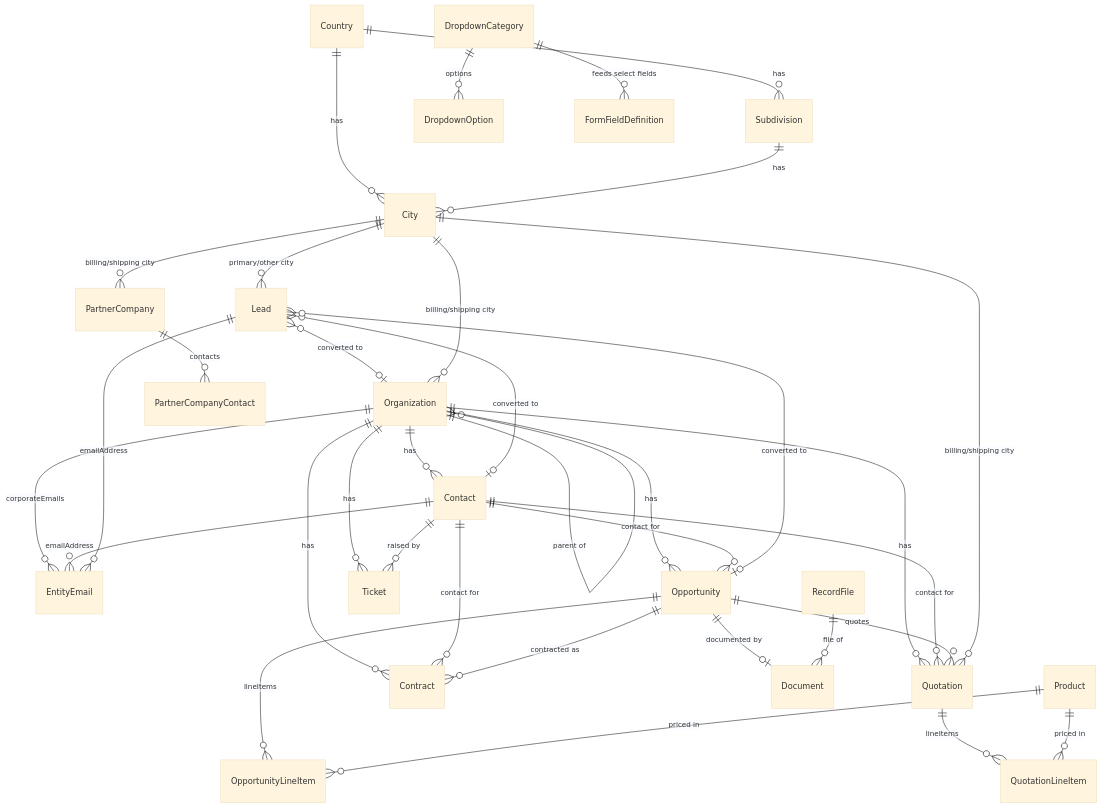
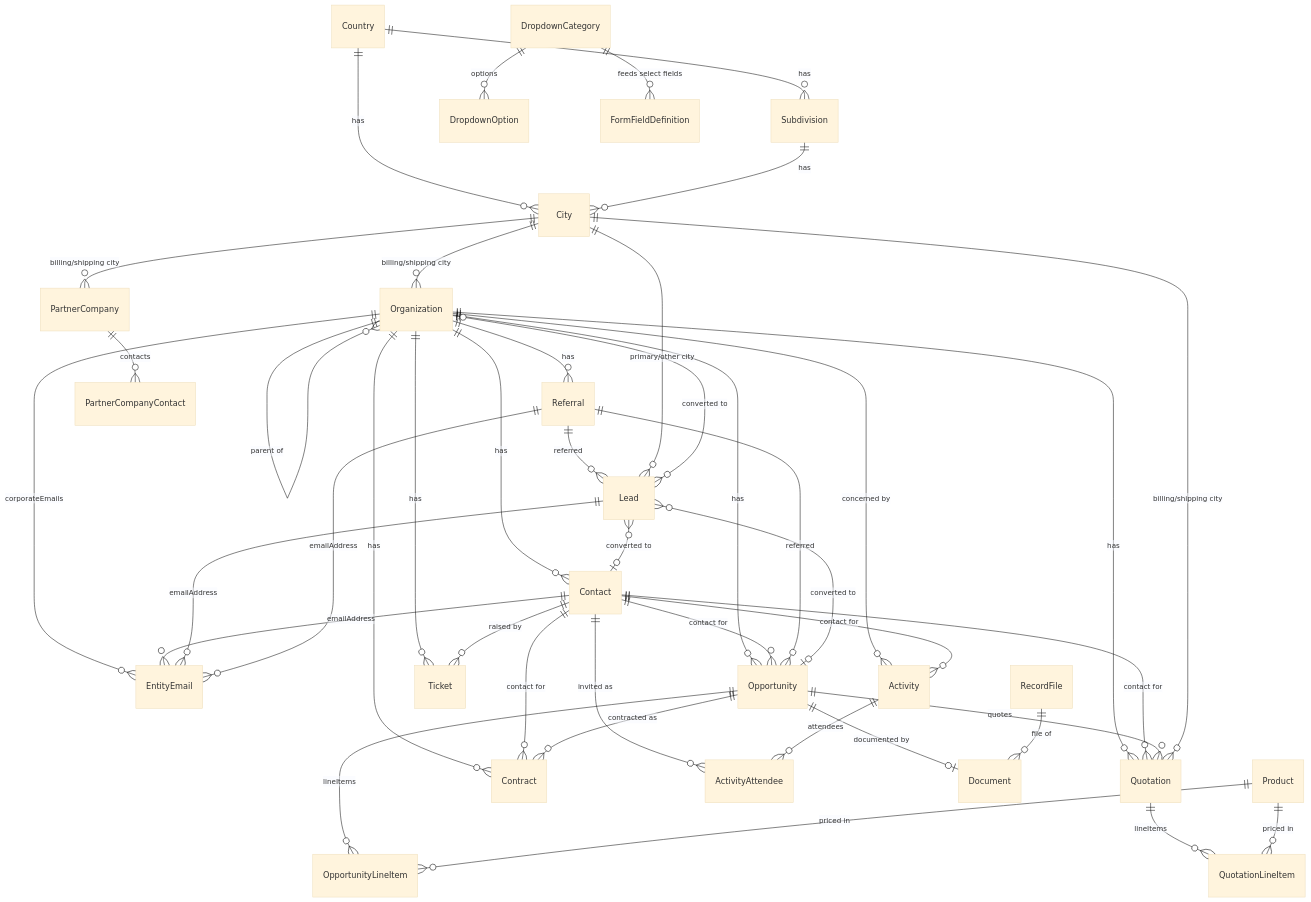
The diagram in docs/database-design.md (shivansh14503/nandini-crm), drawn with Mermaid (base theme) before and after one commit. The commit also changed other lines of this file and 93 other files, not shown here.

````diff
--- a/docs/database-design.md
+++ b/docs/database-design.md
@@ -70,37 +74,45 @@
 ```mermaid
 erDiagram
     Organization ||--o{ Organization : "parent of"
     Organization ||--o{ EntityEmail : "corporateEmails"
     Organization ||--o{ Contact : has
     Organization ||--o{ Opportunity : has
     Organization ||--o{ Quotation : has
     Organization ||--o{ Ticket : has
     Organization ||--o{ Contract : has
+    Organization ||--o{ Activity : "concerned by"
+    Organization ||--o{ Referral : has
     Contact ||--o{ EntityEmail : emailAddress
     Contact ||--o{ Opportunity : "contact for"
     Contact ||--o{ Quotation : "contact for"
     Contact ||--o{ Ticket : "raised by"
     Contact ||--o{ Contract : "contact for"
+    Contact ||--o{ Activity : "contact for"
+    Contact ||--o{ ActivityAttendee : "invited as"
+    Activity ||--o{ ActivityAttendee : attendees
     Lead ||--o{ EntityEmail : emailAddress
+    Referral ||--o{ EntityEmail : emailAddress
+    Referral ||--o{ Lead : "referred"
+    Referral ||--o{ Opportunity : "referred"
     Lead }o--o| Organization : "converted to"
     Lead }o--o| Contact : "converted to"
     Lead }o--o| Opportunity : "converted to"
     Opportunity ||--o{ OpportunityLineItem : lineItems
     Opportunity ||--o{ Quotation : quotes
     Opportunity ||--o{ Contract : "contracted as"
     Opportunity ||--o| Document : "documented by"
     RecordFile ||--o{ Document : "file of"
     Quotation ||--o{ QuotationLineItem : lineItems
     Product ||--o{ OpportunityLineItem : "priced in"
     Product ||--o{ QuotationLineItem : "priced in"
     PartnerCompany ||--o{ PartnerCompanyContact : contacts
     Country ||--o{ Subdivision : has
     Country ||--o{ City : has
     Subdivision ||--o{ City : has
     City ||--o{ Organization : "billing/shipping city"
     City ||--o{ Lead : "primary/other city"
     City ||--o{ Quotation : "billing/shipping city"
     City ||--o{ PartnerCompany : "billing/shipping city"
     DropdownCategory ||--o{ DropdownOption : options
     DropdownCategory ||--o{ FormFieldDefinition : "feeds select fields"
 ```
````
